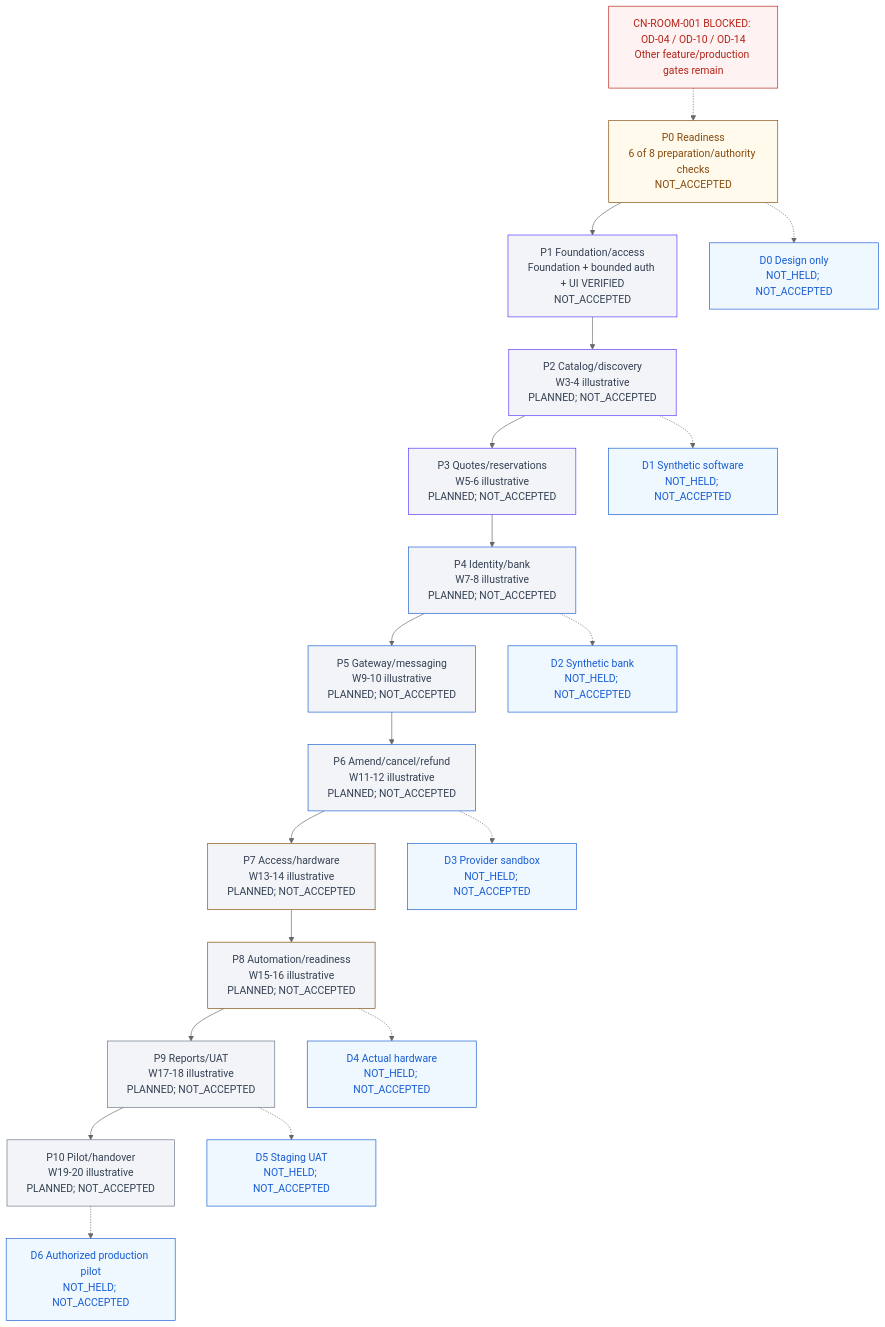
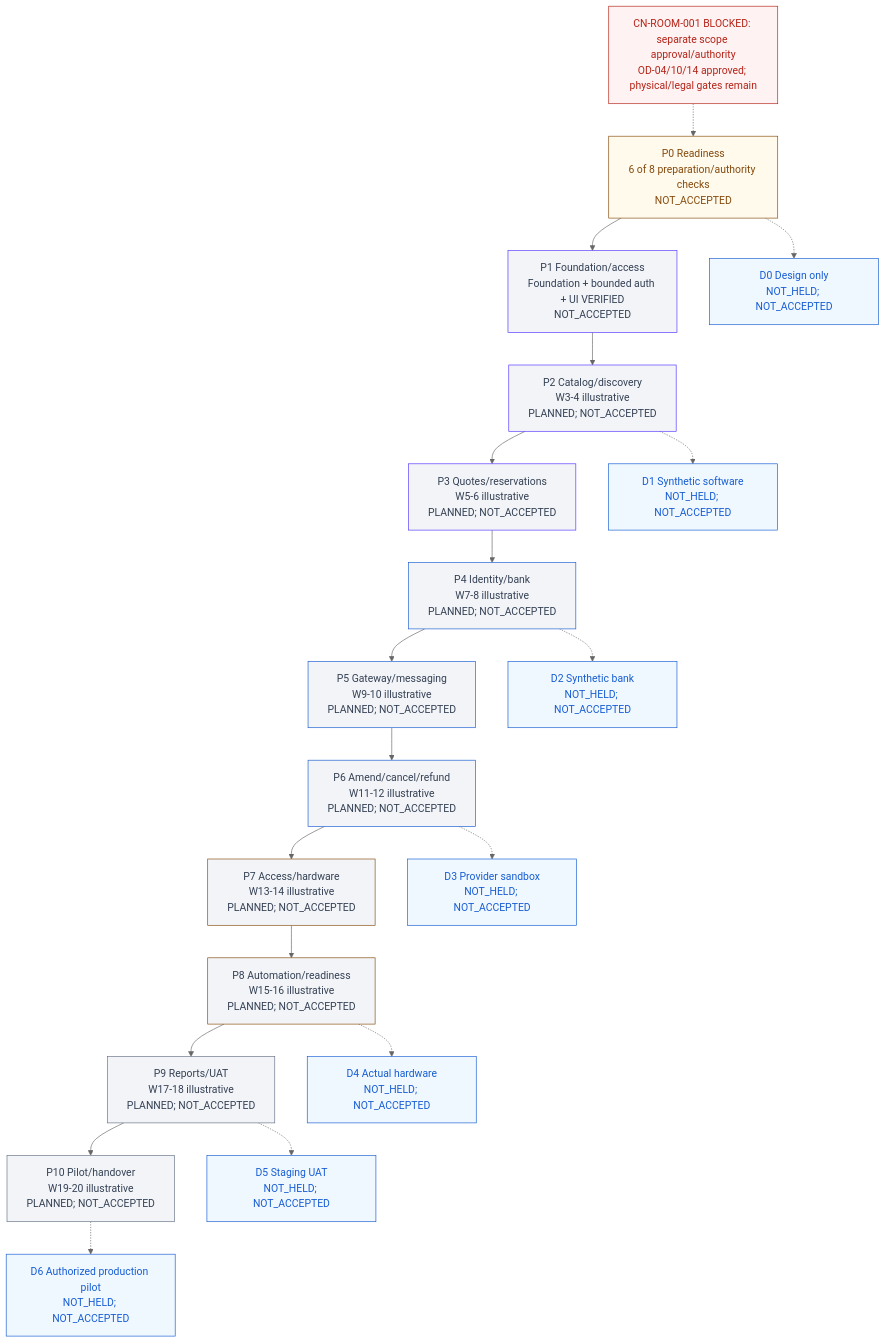
The diagram in knowledge/PROGRESS.md (Hasitha3513/Theater-Project), drawn with Mermaid (neutral theme) before and after one commit. The commit also changed other lines of this file and 9 other files, not shown here.

Commit message:
docs(knowledge): approve room policies and propose bounded catalog scope

````diff
--- a/knowledge/PROGRESS.md
+++ b/knowledge/PROGRESS.md
@@ -270,45 +279,45 @@
 ```mermaid
 flowchart TB
-  G["CN-ROOM-001 BLOCKED: OD-04 / OD-10 / OD-14<br/>Other feature/production gates remain"]
+  G["CN-ROOM-001 BLOCKED: separate scope approval/authority<br/>OD-04/10/14 approved; physical/legal gates remain"]
   P0["P0 Readiness<br/>6 of 8 preparation/authority checks<br/>NOT_ACCEPTED"]
   P1["P1 Foundation/access<br/>Foundation + bounded auth + UI VERIFIED<br/>NOT_ACCEPTED"]
   P2["P2 Catalog/discovery<br/>W3-4 illustrative<br/>PLANNED; NOT_ACCEPTED"]
   P3["P3 Quotes/reservations<br/>W5-6 illustrative<br/>PLANNED; NOT_ACCEPTED"]
   P4["P4 Identity/bank<br/>W7-8 illustrative<br/>PLANNED; NOT_ACCEPTED"]
   P5["P5 Gateway/messaging<br/>W9-10 illustrative<br/>PLANNED; NOT_ACCEPTED"]
   P6["P6 Amend/cancel/refund<br/>W11-12 illustrative<br/>PLANNED; NOT_ACCEPTED"]
   P7["P7 Access/hardware<br/>W13-14 illustrative<br/>PLANNED; NOT_ACCEPTED"]
   P8["P8 Automation/readiness<br/>W15-16 illustrative<br/>PLANNED; NOT_ACCEPTED"]
   P9["P9 Reports/UAT<br/>W17-18 illustrative<br/>PLANNED; NOT_ACCEPTED"]
   P10["P10 Pilot/handover<br/>W19-20 illustrative<br/>PLANNED; NOT_ACCEPTED"]
   G -.-> P0
   P0 --> P1 --> P2 --> P3 --> P4 --> P5 --> P6 --> P7 --> P8 --> P9 --> P10
   D0["D0 Design only<br/>NOT_HELD; NOT_ACCEPTED"]
   D1["D1 Synthetic software<br/>NOT_HELD; NOT_ACCEPTED"]
   D2["D2 Synthetic bank<br/>NOT_HELD; NOT_ACCEPTED"]
   D3["D3 Provider sandbox<br/>NOT_HELD; NOT_ACCEPTED"]
   D4["D4 Actual hardware<br/>NOT_HELD; NOT_ACCEPTED"]
   D5["D5 Staging UAT<br/>NOT_HELD; NOT_ACCEPTED"]
   D6["D6 Authorized production pilot<br/>NOT_HELD; NOT_ACCEPTED"]
   P0 -.-> D0
   P2 -.-> D1
   P4 -.-> D2
   P6 -.-> D3
   P8 -.-> D4
   P9 -.-> D5
   P10 -.-> D6
   classDef readiness fill:#FFFAEB,color:#854A0E,stroke:#854A0E;
   classDef foundation fill:#F2F4F7,color:#344054,stroke:#5135FF;
   classDef financial fill:#F2F4F7,color:#344054,stroke:#175CD3;
   classDef physical fill:#F2F4F7,color:#344054,stroke:#854A0E;
   classDef release fill:#F2F4F7,color:#344054,stroke:#667085;
   classDef blocked fill:#FEF3F2,color:#B42318,stroke:#B42318;
   classDef demo fill:#EFF8FF,color:#175CD3,stroke:#175CD3;
   class P0 readiness;
   class P1,P2,P3 foundation;
   class P4,P5,P6 financial;
   class P7,P8 physical;
   class P9,P10 release;
   class G blocked;
   class D0,D1,D2,D3,D4,D5,D6 demo;
 ```
````
